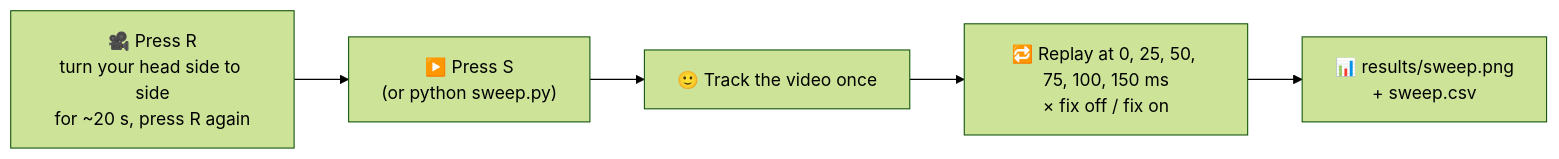
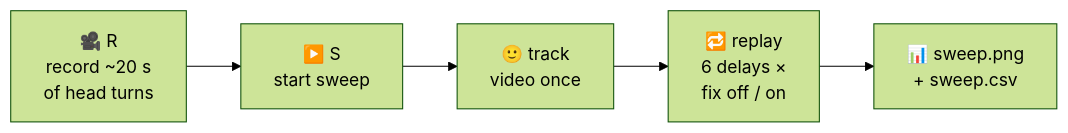
One commit to 06pratyush/delay_lab changed the first of 3 diagrams in README.md. Above: the diagram before and after it, drawn with Mermaid (forest theme). The commit also changed other lines of this file, not shown here.

Commit message:
docs: shorter Mermaid labels so the diagrams render larger

````diff
--- a/README.md
+++ b/README.md
@@ -120,7 +120,7 @@
 ```mermaid
 flowchart LR
-    R["🎥 Press R<br/>turn your head side to side<br/>for ~20 s, press R again"] --> S["▶️ Press S<br/>(or python sweep.py)"]
-    S --> T["🙂 Track the video once"]
-    T --> X["🔁 Replay at 0, 25, 50, 75, 100, 150 ms<br/>× fix off / fix on"]
-    X --> O["📊 results/sweep.png<br/>+ sweep.csv"]
+    R["🎥 R<br/>record ~20 s<br/>of head turns"] --> S["▶️ S<br/>start sweep"]
+    S --> T["🙂 track<br/>video once"]
+    T --> X["🔁 replay<br/>6 delays ×<br/>fix off / on"]
+    X --> O["📊 sweep.png<br/>+ sweep.csv"]
 ```
````
